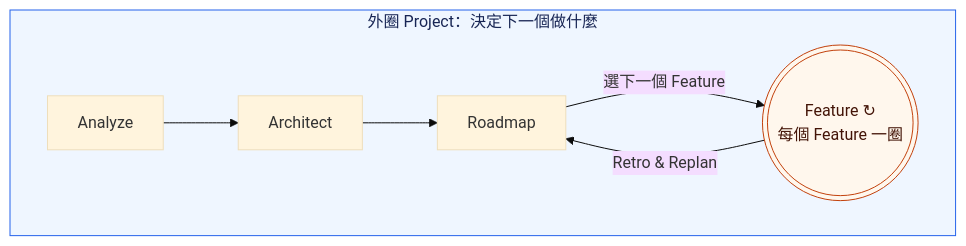
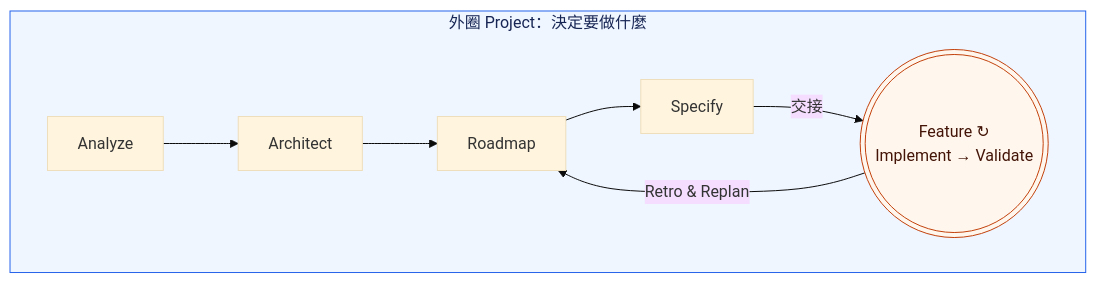
The first of 3 diagrams in docs/guide/user-guide.md (ellis429/loop-engineering), drawn with Mermaid (base theme) before and after one commit. The commit also changed other lines of this file and 4 other files, not shown here.

````diff
--- a/docs/guide/user-guide.md
+++ b/docs/guide/user-guide.md
@@ -11,11 +13,11 @@
 ```mermaid
 flowchart LR
-  subgraph Project["外圈 Project：決定下一個做什麼"]
+  subgraph Project["外圈 Project：決定要做什麼"]
     direction LR
-    A1["Analyze"] --> A2["Architect"] --> A3["Roadmap"]
-    A3 -->|選下一個 Feature| F((("Feature ↻<br/>每個 Feature 一圈")))
+    A1["Analyze"] --> A2["Architect"] --> A3["Roadmap"] --> A4["Specify"]
+    A4 -->|交接| F((("Feature ↻<br/>Implement → Validate")))
     F -->|Retro & Replan| A3
   end
   style Project fill:#eff6ff,stroke:#2563eb,color:#172554
   style F fill:#fff7ed,stroke:#c2410c,color:#431407
 ```
````
